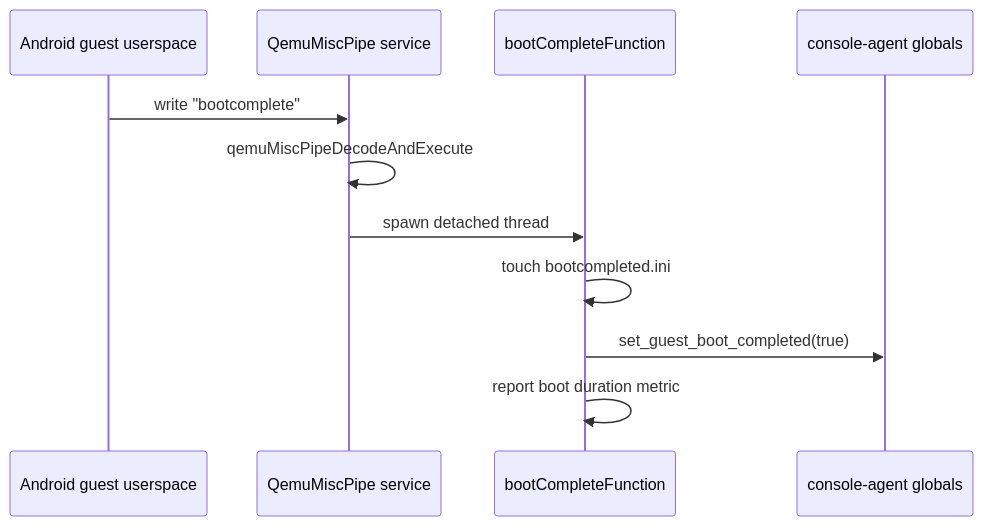
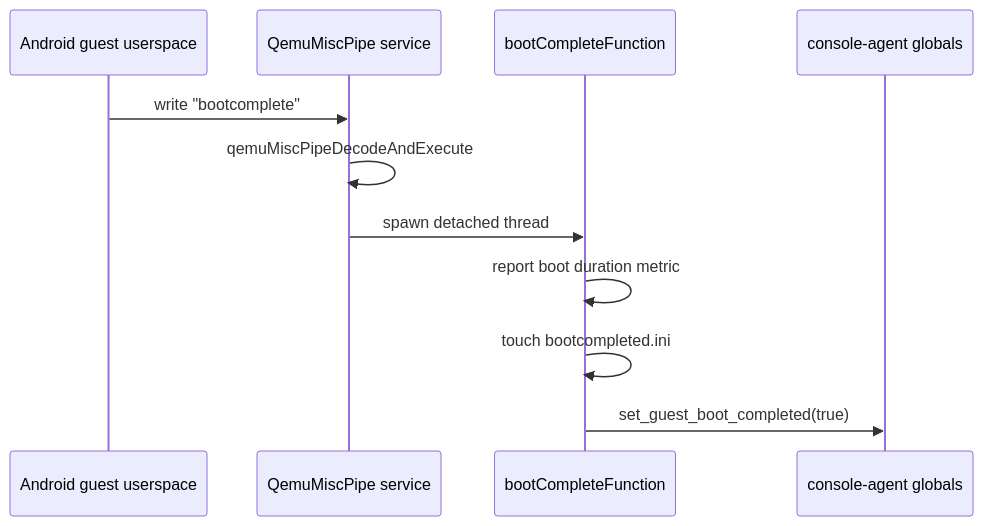
The sixth of 7 diagrams in 03-running-the-emulator.md (aospbooks/android-emulator-internal-book), drawn with Mermaid before and after one commit. The commit also changed other lines of this file and 31 other files, not shown here.

````diff
--- a/03-running-the-emulator.md
+++ b/03-running-the-emulator.md
@@ -384,13 +386,13 @@
 ```mermaid
 sequenceDiagram
     participant Guest as Android guest userspace
     participant Pipe as QemuMiscPipe service
     participant Misc as bootCompleteFunction
     participant Glob as console-agent globals
     Guest->>Pipe: write "bootcomplete"
     Pipe->>Pipe: qemuMiscPipeDecodeAndExecute
     Pipe->>Misc: spawn detached thread
+    Misc->>Misc: report boot duration metric
     Misc->>Misc: touch bootcompleted.ini
     Misc->>Glob: set_guest_boot_completed(true)
-    Misc->>Misc: report boot duration metric
 ```
````
